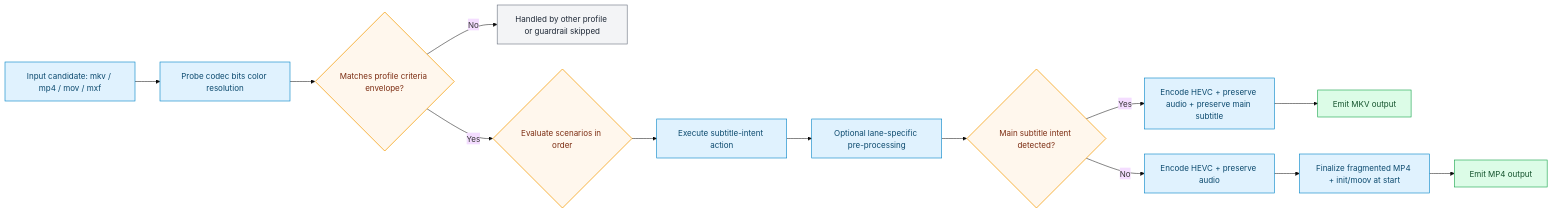
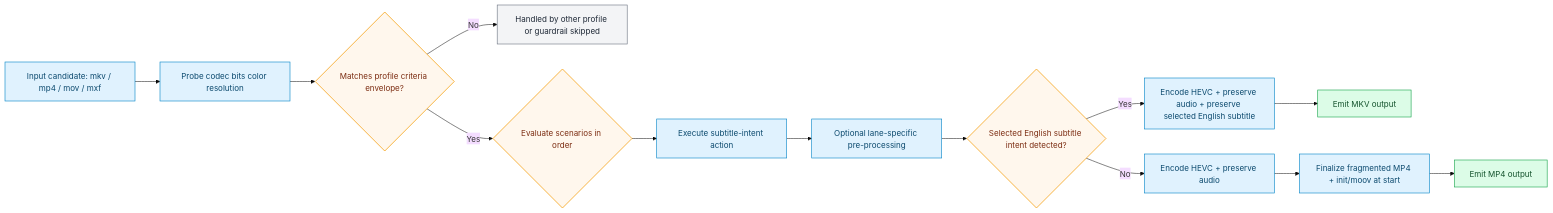
One commit to CraigWatt/vfo changed the diagram in platform/docs-site/docs/profiles/generated/netflixy-preserve-audio-main-subtitle-intent-1080p.md. Above: the diagram before and after it, drawn with Mermaid (base theme). The commit also changed other lines of this file and 20 other files, not shown here.

Commit message:
rename subtitle-intent pack to craigstreamy

````diff
--- a/platform/docs-site/docs/profiles/generated/netflixy-preserve-audio-main-subtitle-intent-1080p.md
+++ b/platform/docs-site/docs/profiles/generated/netflixy-preserve-audio-main-subtitle-intent-1080p.md
@@ -92,20 +92,20 @@
 ```mermaid
 flowchart LR
   classDef gate fill:#fff7ed,stroke:#f59e0b,color:#7c2d12,stroke-width:1.5px;
   classDef stage fill:#e0f2fe,stroke:#0284c7,color:#0c4a6e,stroke-width:1.2px;
   classDef output fill:#dcfce7,stroke:#16a34a,color:#14532d,stroke-width:1.2px;
   classDef skip fill:#f3f4f6,stroke:#6b7280,color:#1f2937,stroke-width:1.2px;
 
   A[Input candidate: mkv / mp4 / mov / mxf]:::stage --> B[Probe codec bits color resolution]:::stage
   B --> C{Matches profile criteria envelope?}:::gate
   C -->|No| Z[Handled by other profile or guardrail skipped]:::skip
   C -->|Yes| D{Evaluate scenarios in order}:::gate
   D --> E[Execute subtitle-intent action]:::stage
   E --> P[Optional lane-specific pre-processing]:::stage
-  P --> F{Main subtitle intent detected?}:::gate
-  F -->|Yes| G[Encode HEVC + preserve audio + preserve main subtitle]:::stage
+  P --> F{Selected English subtitle intent detected?}:::gate
+  F -->|Yes| G[Encode HEVC + preserve audio + preserve selected English subtitle]:::stage
   G --> H[Emit MKV output]:::output
   F -->|No| I[Encode HEVC + preserve audio]:::stage
   I --> J[Finalize fragmented MP4 + init/moov at start]:::stage
   J --> K[Emit MP4 output]:::output
 ```
````
